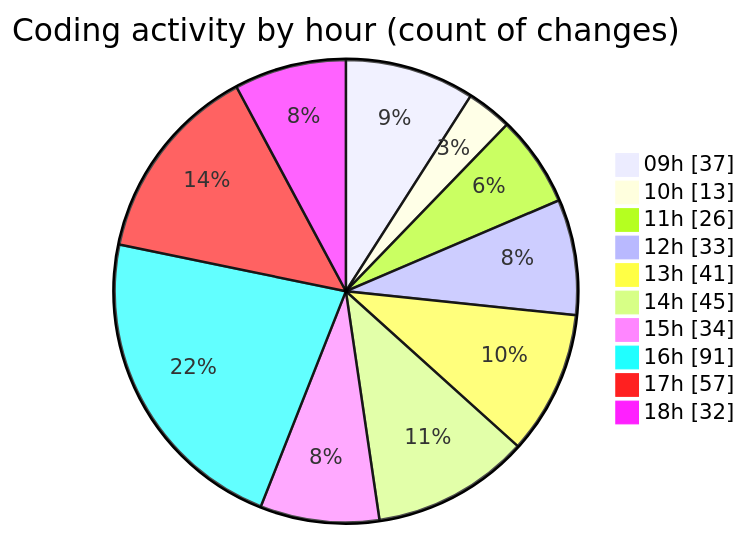
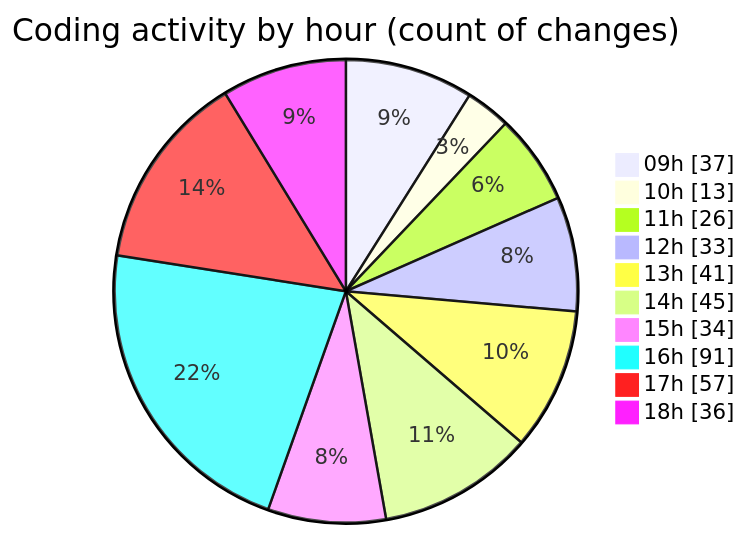
One commit to momahboobian/code-tracking changed the second of 2 diagrams in 2026-04-23/cda/README.md. Above: the diagram before and after it, drawn with Mermaid. The commit also changed other lines of this file and 1 other file, not shown here.

````diff
--- a/2026-04-23/cda/README.md
+++ b/2026-04-23/cda/README.md
@@ -57,14 +57,14 @@
 ```mermaid
 pie showData
 title Coding activity by hour (count of changes)
 "09h" : 37
 "10h" : 13
 "11h" : 26
 "12h" : 33
 "13h" : 41
 "14h" : 45
 "15h" : 34
 "16h" : 91
 "17h" : 57
-"18h" : 32
+"18h" : 36
 ```
````
